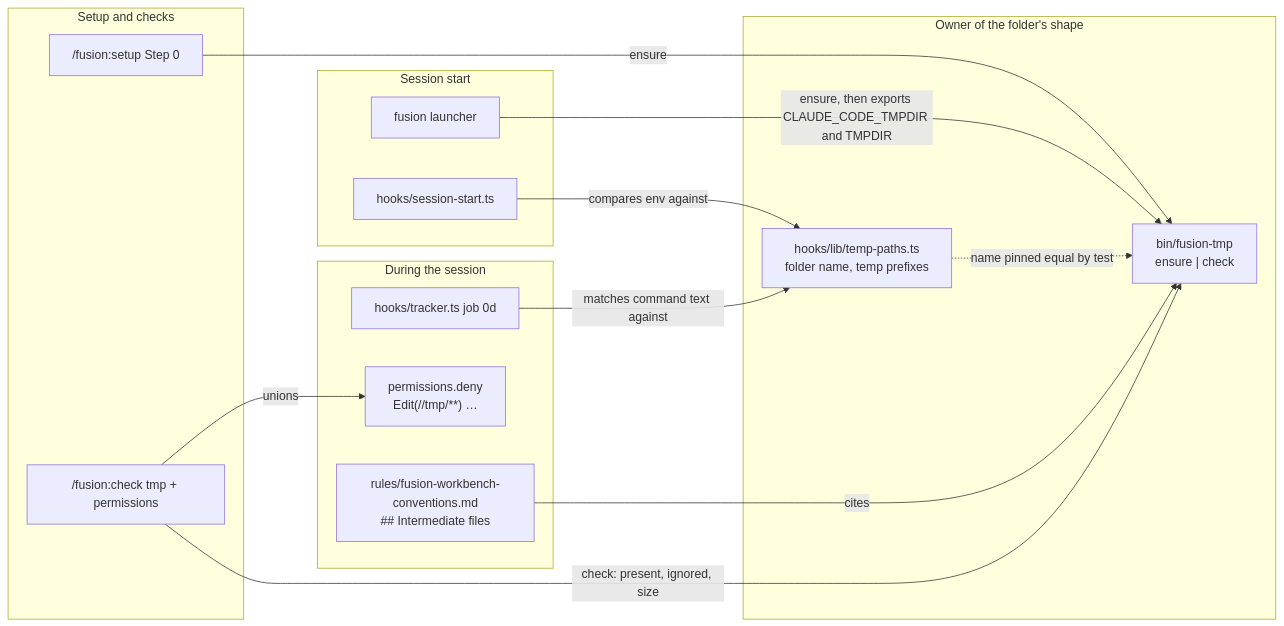
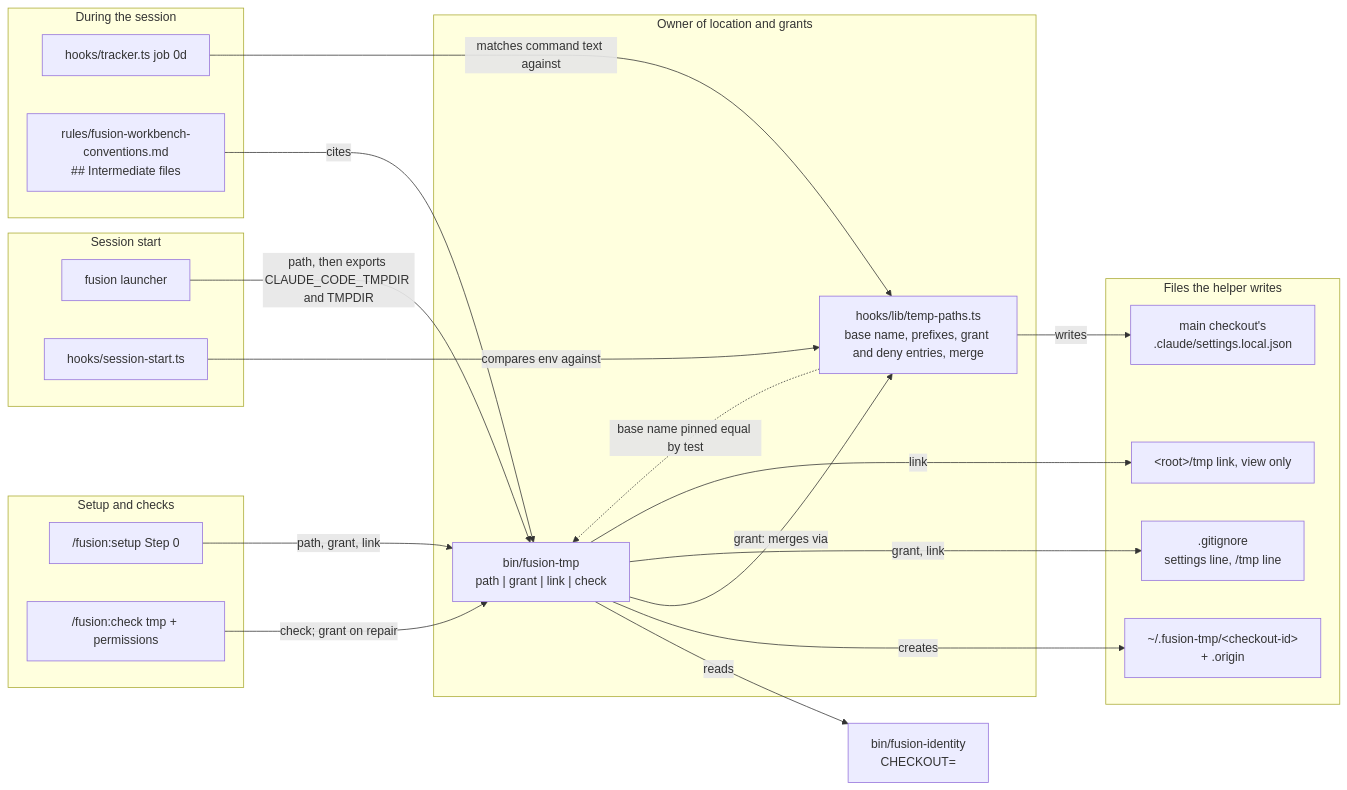
Before and after one commit to tenzoki/fusion: the first of 2 diagrams in fusion-workbench/work-packages/261027-2242-intermediate-files-in-project-tmp/plans/261027-2252-plan-intermediate-files-in-project-tmp.md, drawn with Mermaid. The commit also changed other lines of this file and 4 other files, not shown here.

First line of the commit message:
docs(workbench): revise the tmp plan to ~/.fusion-tmp/<checkout-id> and rebind it

````diff
--- a/fusion-workbench/work-packages/261027-2242-intermediate-files-in-project-tmp/plans/261027-2252-plan-intermediate-files-in-project-tmp.md
+++ b/fusion-workbench/work-packages/261027-2242-intermediate-files-in-project-tmp/plans/261027-2252-plan-intermediate-files-in-project-tmp.md
@@ -37,28 +41,39 @@
 ```mermaid
 flowchart LR
-  subgraph owner["Owner of the folder's shape"]
-    H["bin/fusion-tmp<br/>ensure | check"]
-    M["hooks/lib/temp-paths.ts<br/>folder name, temp prefixes"]
+  subgraph owner["Owner of location and grants"]
+    H["bin/fusion-tmp<br/>path | grant | link | check"]
+    M["hooks/lib/temp-paths.ts<br/>base name, prefixes, grant and deny entries, merge"]
+  end
+  subgraph cfg["Files the helper writes"]
+    DIR["~/.fusion-tmp/&lt;checkout-id&gt;<br/>+ .origin"]
+    SET["main checkout's<br/>.claude/settings.local.json"]
+    GI[".gitignore<br/>settings line, /tmp line"]
+    LNK["&lt;root&gt;/tmp link, view only"]
   end
   subgraph start["Session start"]
     L["fusion launcher"]
     S["hooks/session-start.ts"]
   end
   subgraph run["During the session"]
     T["hooks/tracker.ts job 0d"]
-    D["permissions.deny<br/>Edit(//tmp/**) …"]
     R["rules/fusion-workbench-conventions.md<br/>## Intermediate files"]
   end
   subgraph maint["Setup and checks"]
     SU["/fusion:setup Step 0"]
     CK["/fusion:check tmp + permissions"]
   end
-  L -->|ensure, then exports CLAUDE_CODE_TMPDIR and TMPDIR| H
-  SU -->|ensure| H
-  CK -->|check: present, ignored, size| H
-  CK -->|unions| D
+  ID["bin/fusion-identity<br/>CHECKOUT="]
+  H -->|reads| ID
+  H -->|creates| DIR
+  H -->|grant: merges via| M
+  M -->|writes| SET
+  H -->|grant, link| GI
+  H -->|link| LNK
+  L -->|path, then exports CLAUDE_CODE_TMPDIR and TMPDIR| H
+  SU -->|path, grant, link| H
+  CK -->|check; grant on repair| H
   S -->|compares env against| M
   T -->|matches command text against| M
-  M -.->|name pinned equal by test| H
+  M -.->|base name pinned equal by test| H
   R -->|cites| H
 ```
````
